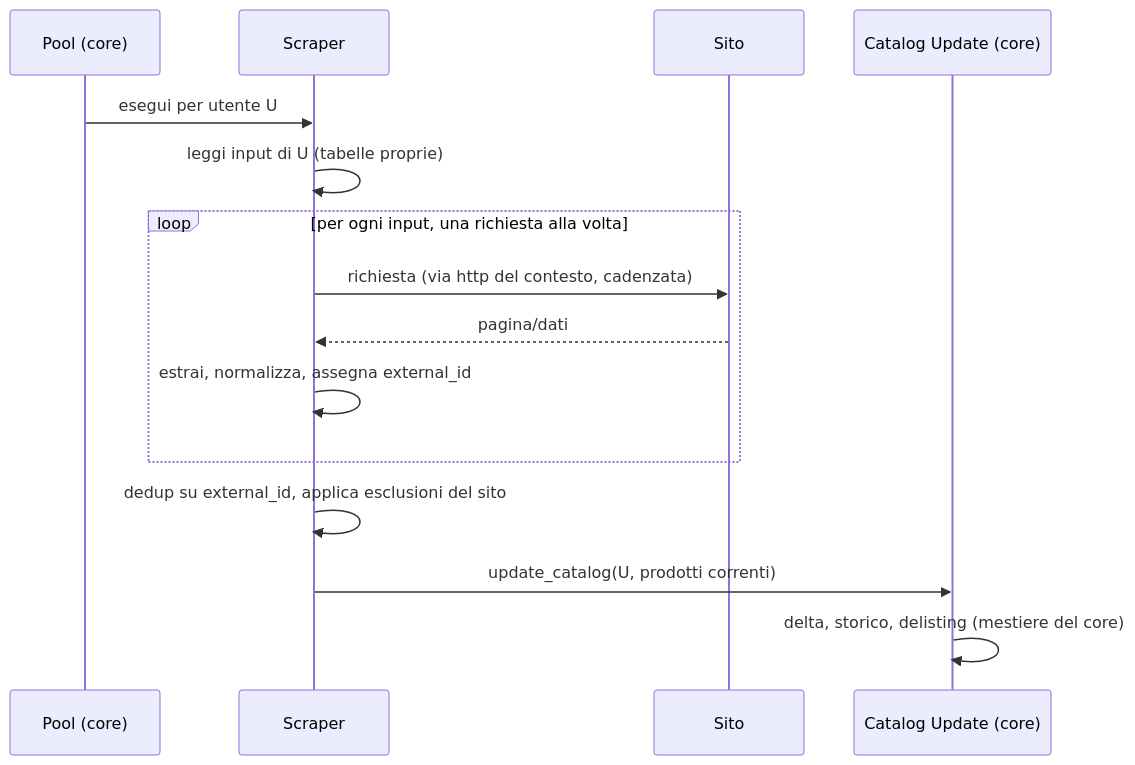
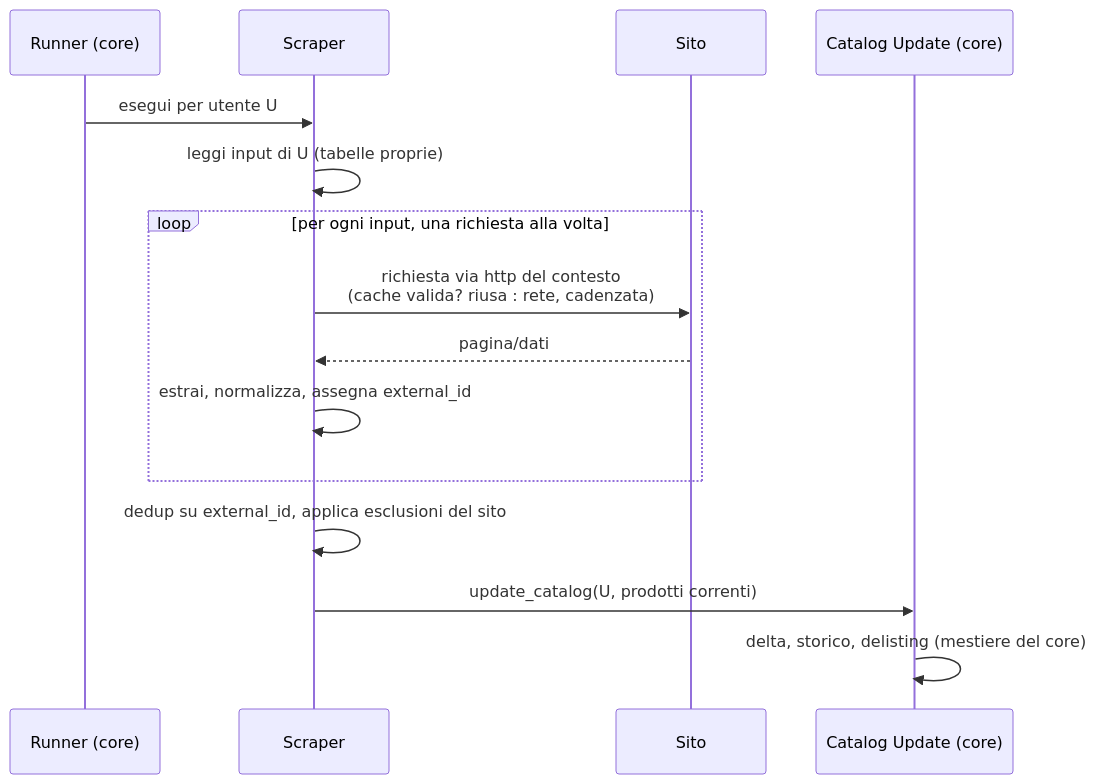
One commit to caporalesimone/watch-em-all changed the diagram in docs/3-features/plugins/scraper-plugin.md. Above: the diagram before and after it, drawn with Mermaid. The commit also changed other lines of this file and 28 other files, not shown here.

First line of the commit message:
docs: deferred user deletion, serial scraper runner with calendar view and scrape cache

````diff
--- a/docs/3-features/plugins/scraper-plugin.md
+++ b/docs/3-features/plugins/scraper-plugin.md
@@ -56,18 +57,18 @@
 ```mermaid
 sequenceDiagram
-    participant POOL as Pool (core)
+    participant RUN as Runner (core)
     participant S as Scraper
     participant SITE as Sito
     participant CAT as Catalog Update (core)
 
-    POOL->>S: esegui per utente U
+    RUN->>S: esegui per utente U
     S->>S: leggi input di U (tabelle proprie)
     loop per ogni input, una richiesta alla volta
-        S->>SITE: richiesta (via http del contesto, cadenzata)
+        S->>SITE: richiesta via http del contesto<br/>(cache valida? riusa : rete, cadenzata)
         SITE-->>S: pagina/dati
         S->>S: estrai, normalizza, assegna external_id
     end
     S->>S: dedup su external_id, applica esclusioni del sito
     S->>CAT: update_catalog(U, prodotti correnti)
     CAT->>CAT: delta, storico, delisting (mestiere del core)
 ```
````
